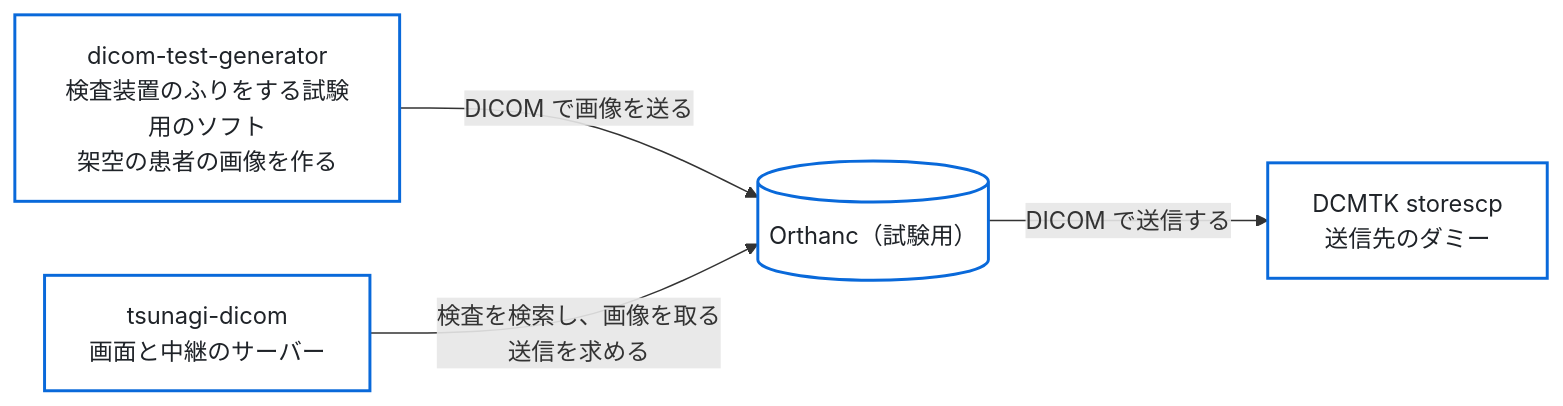
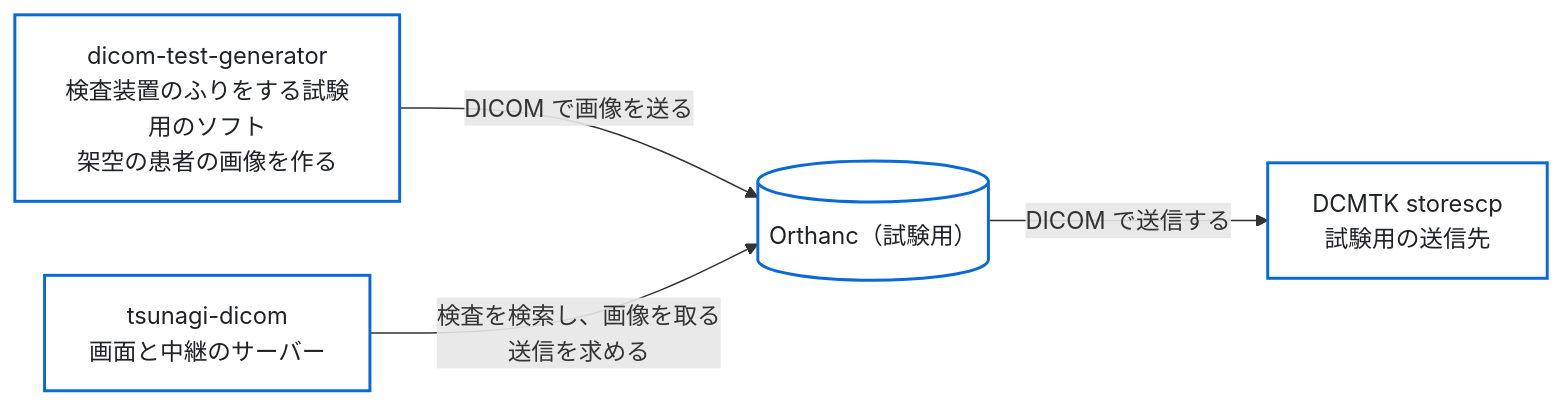
One commit to jeysunit/tsunagi-dicom changed the third of 4 diagrams in README.md. Above: the diagram before and after it, drawn with Mermaid. The commit also changed other lines of this file and 11 other files, not shown here.

````diff
--- a/README.md
+++ b/README.md
@@ -71,13 +71,13 @@
 ```mermaid
 flowchart LR
   classDef box fill:#ffffff,stroke:#0969da,stroke-width:2px,color:#1f2328
 
   DTG["dicom-test-generator<br/>検査装置のふりをする試験用のソフト<br/>架空の患者の画像を作る"]:::box
   PACS[("Orthanc（試験用）")]:::box
   TD["tsunagi-dicom<br/>画面と中継のサーバー"]:::box
-  SCP["DCMTK storescp<br/>送信先のダミー"]:::box
+  SCP["DCMTK storescp<br/>試験用の送信先"]:::box
 
   DTG -->|"DICOM で画像を送る"| PACS
   TD -->|"検査を検索し、画像を取る<br/>送信を求める"| PACS
   PACS -->|"DICOM で送信する"| SCP
 ```
````
